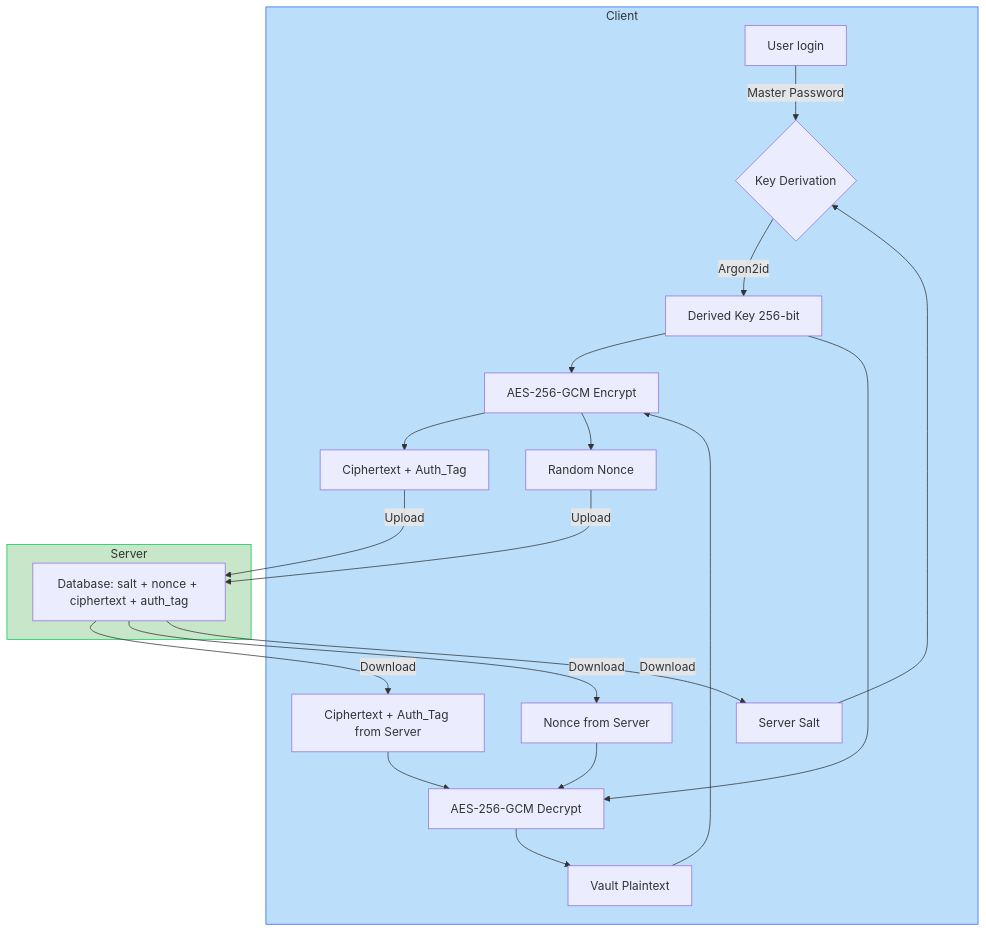
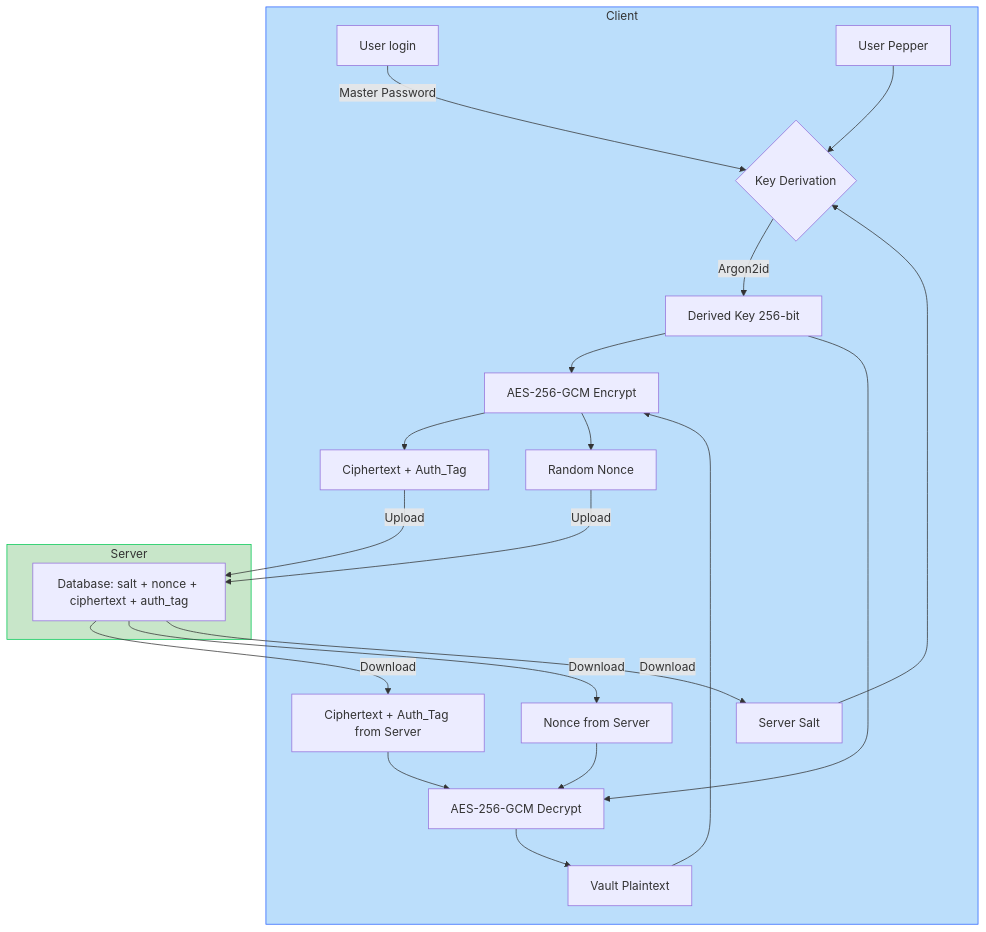
Before and after one commit to DavidHerencia/password_manager_crypto: the first of 4 diagrams in README.md, drawn with Mermaid.

Commit message:
Readme update

````diff
--- a/README.md
+++ b/README.md
@@ -69,35 +69,37 @@
 ```mermaid
 flowchart TB
  subgraph subGraph0["Client"]
         C{"Key Derivation"}
         U["User login"]
         S["Server Salt"]
+        P["User Pepper"]
         K["Derived Key 256-bit"]
         ENC["AES-256-GCM Encrypt"]
         V_PT["Vault Plaintext"]
         V_CT["Ciphertext + Auth_Tag"]
         N["Random Nonce"]
         DEC["AES-256-GCM Decrypt"]
         V_CT_IN["Ciphertext + Auth_Tag from Server"]
         N_IN["Nonce from Server"]
   end
  subgraph subGraph1["Server"]
         DB["Database: salt + nonce + ciphertext + auth_tag"]
   end
     U -- Master Password --> C
+    P --> C
     S --> C
     C -- Argon2id --> K
     V_PT --> ENC
     K --> ENC & DEC
     ENC --> V_CT & N
     V_CT_IN --> DEC
     N_IN --> DEC
     DEC --> V_PT
     V_CT -- Upload --> DB
     N -- Upload --> DB
     DB -- Download --> V_CT_IN & N_IN & S
 
 
     style subGraph1 fill:#C8E6C9,stroke:#00C853
     style subGraph0 fill:#BBDEFB,stroke:#2962FF
 ```
````
